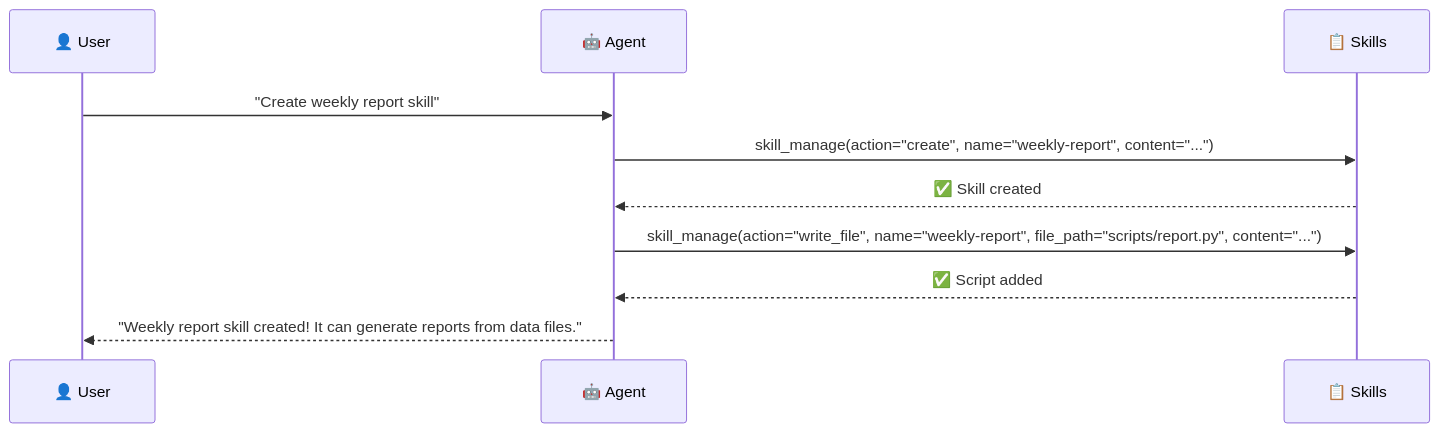
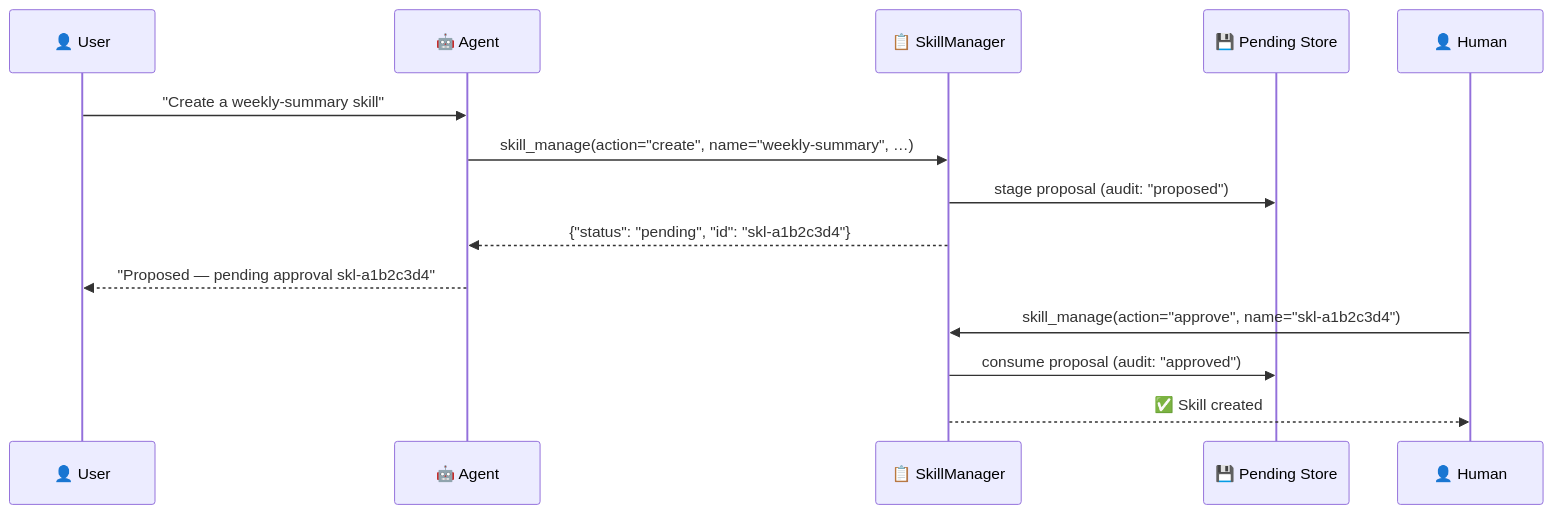
One commit to MervinPraison/PraisonAIDocs changed the second of 3 diagrams in docs/features/skill-manage.mdx. Above: the diagram before and after it, drawn with Mermaid. The commit also changed other lines of this file and 1 other file, not shown here.

First line of the commit message:
docs: document skill mutation approval gate (propose/approve/reject/pending) (fixes #858)

````diff
--- a/docs/features/skill-manage.mdx
+++ b/docs/features/skill-manage.mdx
@@ -65,12 +102,16 @@
 ```mermaid
 sequenceDiagram
     participant U as 👤 User
     participant A as 🤖 Agent
-    participant S as 📋 Skills
-    U->>A: "Create weekly report skill"
-    A->>S: skill_manage(action="create", name="weekly-report", content="...")
-    S-->>A: ✅ Skill created
-    A->>S: skill_manage(action="write_file", name="weekly-report", file_path="scripts/report.py", content="...")
-    S-->>A: ✅ Script added
-    A-->>U: "Weekly report skill created! It can generate reports from data files."
+    participant M as 📋 SkillManager
+    participant P as 💾 Pending Store
+    participant H as 👤 Human
+    U->>A: "Create a weekly-summary skill"
+    A->>M: skill_manage(action="create", name="weekly-summary", …)
+    M->>P: stage proposal (audit: "proposed")
+    M-->>A: {"status": "pending", "id": "skl-a1b2c3d4"}
+    A-->>U: "Proposed — pending approval skl-a1b2c3d4"
+    H->>M: skill_manage(action="approve", name="skl-a1b2c3d4")
+    M->>P: consume proposal (audit: "approved")
+    M-->>H: ✅ Skill created
 ```
````
